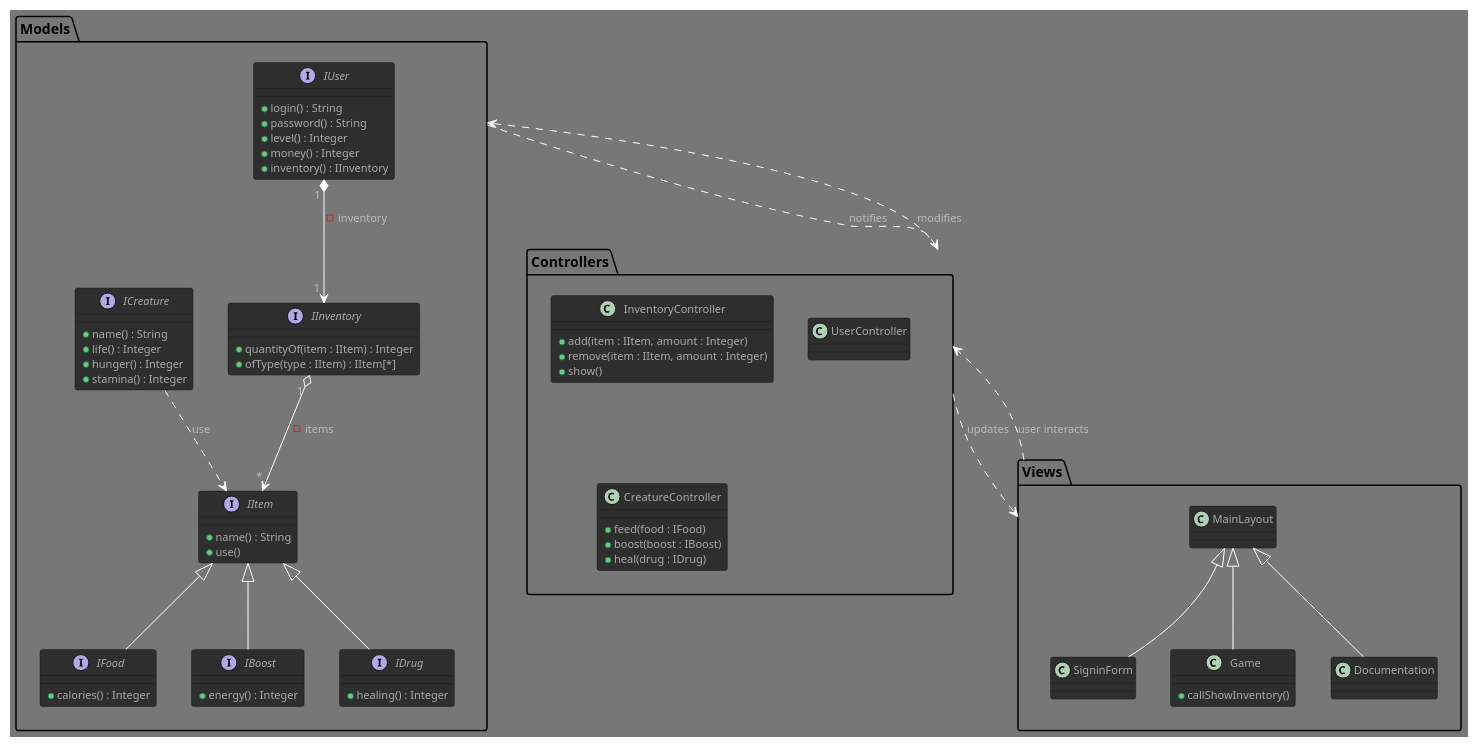
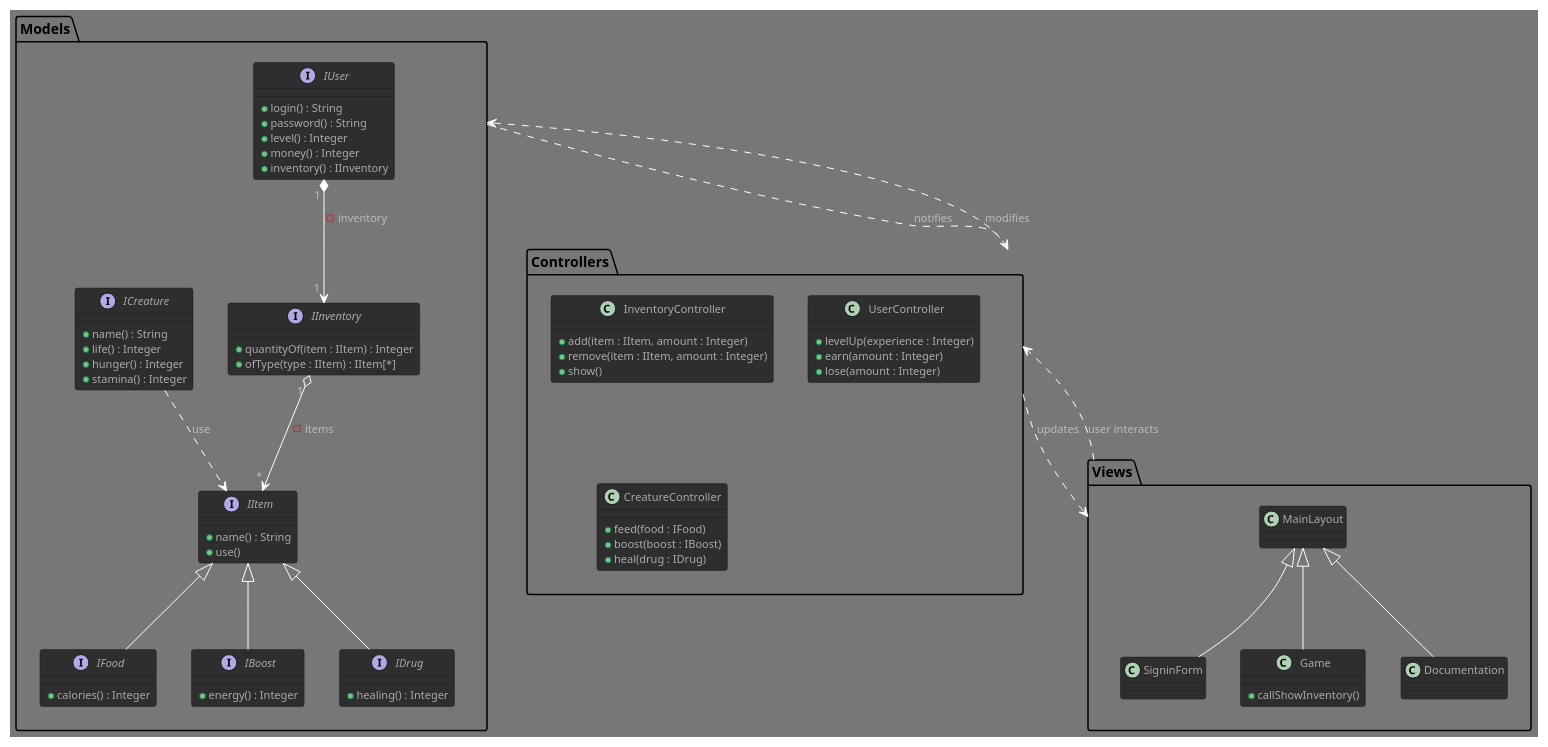
One commit to GlazKrovi/VirtualNoe changed the diagram in VirtualNoe.puml. Above: the diagram before and after it, drawn with PlantUML. The commit also changed 27 other files, not shown here.

Commit message:
generate auth system

```diff
--- a/VirtualNoe.puml
+++ b/VirtualNoe.puml
@@ -1,100 +1,103 @@
 @startuml VirtualNoe
 
 !theme reddress-darkgreen
 
 package Models
 {
     interface IUser
     {
         + login() : String
         + password() : String
         + level() : Integer
         + money() : Integer
         + inventory() : IInventory
     }
 
     interface IInventory 
     { 
         + quantityOf(item : IItem) : Integer
         + ofType(type : IItem) : IItem[*]
     }
 
     interface IItem
     {
         + name() : String
         + use()
     }
 
     interface IFood implements IItem
     {
         /' number of points added to hunger gauge '/
         + calories() : Integer  
     }
 
     interface IBoost implements IItem
     {
         /' number of points added to stamina gauge '/
         + energy() : Integer
     }
 
     interface IDrug implements IItem
     {
         /' number of points added to life gauge '/
         + healing() : Integer
     }
 
     interface ICreature 
     { 
         + name() : String
         + life() : Integer
         + hunger() : Integer
         + stamina() : Integer
     }
 }
 
 package Controllers 
 { 
     class InventoryController
     {
         + add(item : IItem, amount : Integer) 
         + remove(item : IItem, amount : Integer)
         + show()
     }
 
     class UserController
     {
-        /' TODO - see laravel scaffolding system (make:auth), etc. '/
+        /' Authentication system managed by laravel'/
+        + levelUp(experience : Integer)
+        + earn(amount : Integer) /' money '/
+        + lose(amount : Integer) /' money '/
     }
 
     class CreatureController
     {
         + feed(food : IFood)
         + boost(boost : IBoost)
         + heal(drug : IDrug)
     }
 }
 
 package Views 
 { 
     class MainLayout
     class SigninForm extends MainLayout   /' home, index '/
     class Game extends MainLayout   /' main game window '/
     {
         + callShowInventory()
     }
     class Documentation extends MainLayout   /' tutorial, etc. '/
 }
 
 /' RELATIONS '/
 IUser" 1 " *--> " 1 "IInventory : - inventory
 IInventory" 1 " o--> " * "IItem : - items
 ICreature ..> IItem : use               /' TODO - not sure '/
 
 
 /' MVC '/
 Controllers ..> Models : modifies
 Controllers ..> Views : updates
 Views ..> Controllers : user interacts
 Models ..> Controllers : notifies 
 
 @enduml
```
